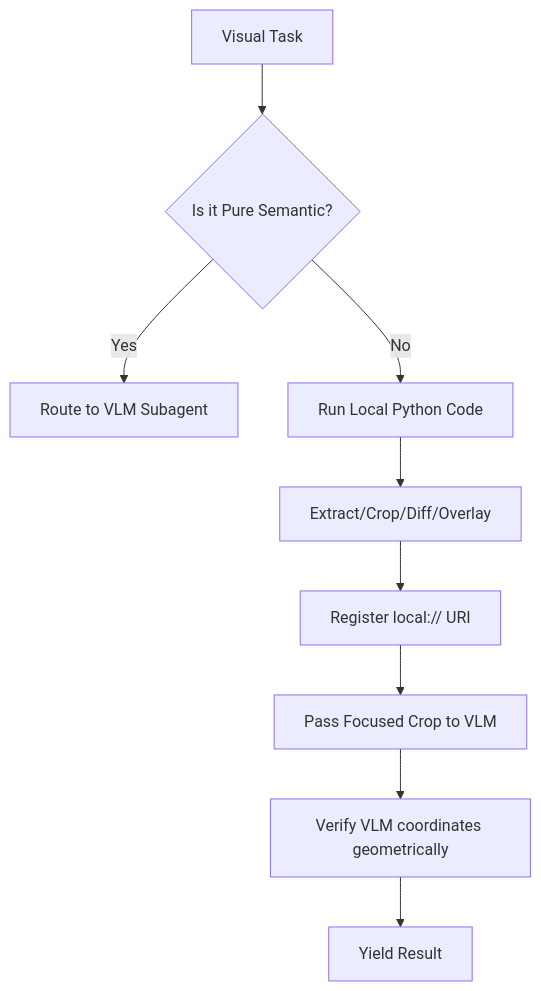
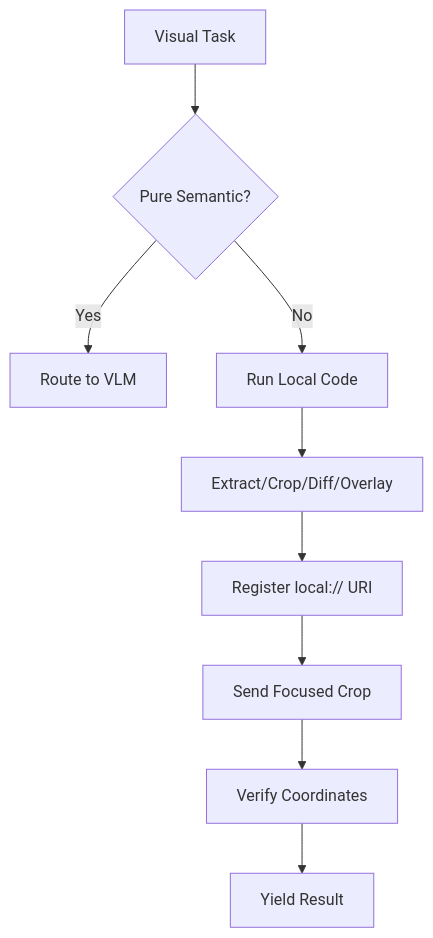
One commit to roverdude24/agentic-visual-grounding-rubric changed the diagram in skill/visual_grounding_rubric.md. Above: the diagram before and after it, drawn with Mermaid. The commit also changed other lines of this file and 1 other file, not shown here.

Commit message:
Refactor README.md and visual_grounding_rubric.md for clarity and conciseness using Strunk's rules

````diff
--- a/skill/visual_grounding_rubric.md
+++ b/skill/visual_grounding_rubric.md
@@ -24,11 +25,11 @@
 ```mermaid
 graph TD
-    Task[Visual Task] --> Match{Is it Pure Semantic?}
-    Match -- Yes --> VLM[Route to VLM Subagent]
-    Match -- No --> Local[Run Local Python Code]
+    Task[Visual Task] --> Match{Pure Semantic?}
+    Match -- Yes --> VLM[Route to VLM]
+    Match -- No --> Local[Run Local Code]
     Local --> Crop[Extract/Crop/Diff/Overlay]
     Crop --> Register[Register local:// URI]
-    Register --> VLMSub[Pass Focused Crop to VLM]
-    VLMSub --> Verify[Verify VLM coordinates geometrically]
+    Register --> VLMSub[Send Focused Crop]
+    VLMSub --> Verify[Verify Coordinates]
     Verify --> Yield[Yield Result]
 ```
````
